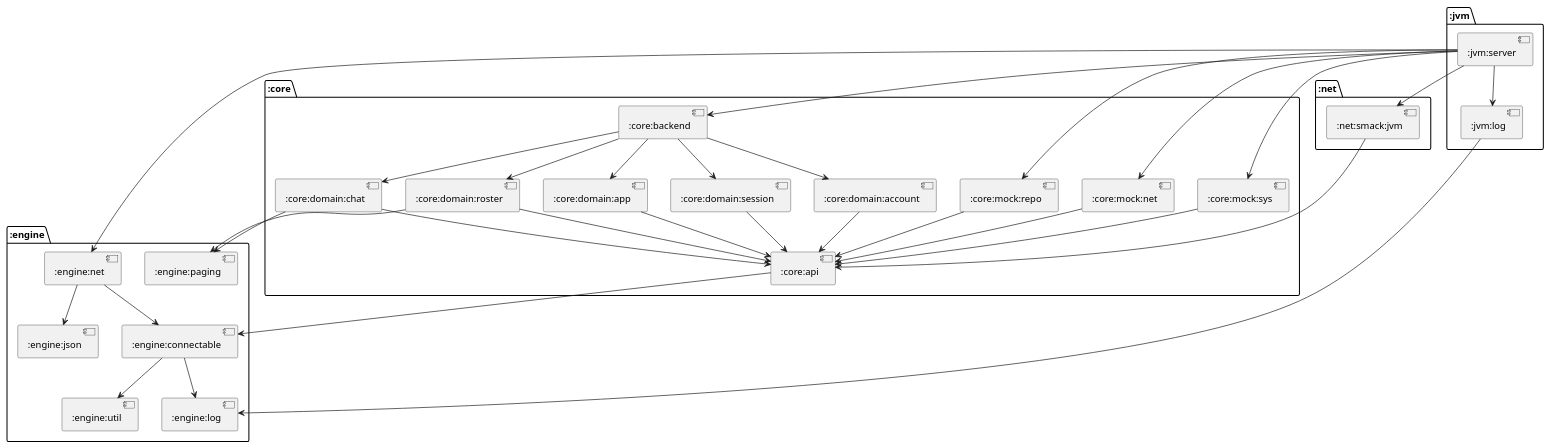
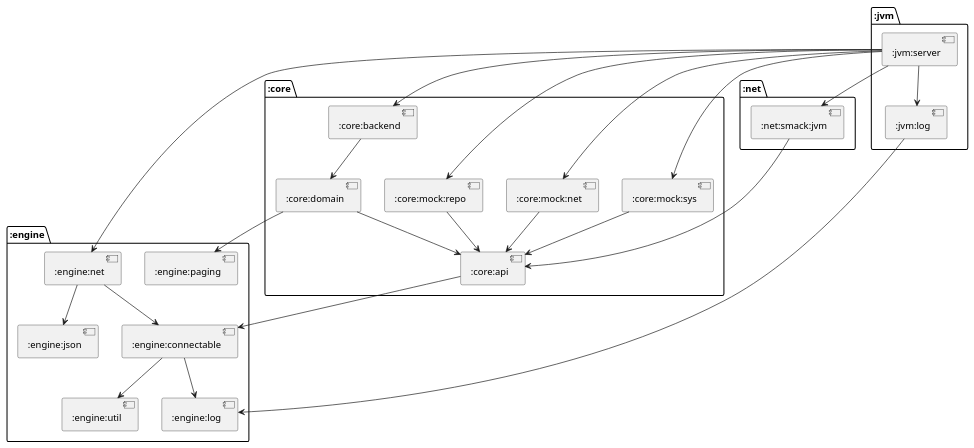
The diagram in docs/modules/puml/:jvm:server.puml (cryptopunkscc/crypton), drawn with PlantUML before and after one commit. The commit also changed 104 other files, not shown here.

First line of the commit message:
Merge :core:domain modules into one (#29)

```diff
--- a/docs/modules/puml/:jvm:server.puml
+++ b/docs/modules/puml/:jvm:server.puml
@@ -1,58 +1,45 @@
 @startuml
 package ":core" {
 [:core:mock:repo]
 [:core:mock:net]
 [:core:mock:sys]
 [:core:backend]
 [:core:api]
-[:core:domain:app]
-[:core:domain:session]
-[:core:domain:account]
-[:core:domain:chat]
-[:core:domain:roster]
+[:core:domain]
 }
 package ":net" {
 [:net:smack:jvm]
 }
 package ":engine" {
 [:engine:net]
 [:engine:connectable]
 [:engine:util]
 [:engine:log]
 [:engine:paging]
 [:engine:json]
 }
 package ":jvm" {
 [:jvm:log]
 [:jvm:server]
 }
 [:core:mock:repo] --> [:core:api]
 [:core:mock:net] --> [:core:api]
 [:core:mock:sys] --> [:core:api]
 [:net:smack:jvm] --> [:core:api]
-[:core:backend] --> [:core:domain:app]
-[:core:backend] --> [:core:domain:session]
-[:core:backend] --> [:core:domain:account]
-[:core:backend] --> [:core:domain:chat]
-[:core:backend] --> [:core:domain:roster]
+[:core:backend] --> [:core:domain]
 [:engine:net] --> [:engine:connectable]
 [:engine:net] --> [:engine:json]
 [:jvm:log] --> [:engine:log]
 [:core:api] --> [:engine:connectable]
 [:engine:connectable] --> [:engine:util]
 [:engine:connectable] --> [:engine:log]
-[:core:domain:app] --> [:core:api]
-[:core:domain:session] --> [:core:api]
-[:core:domain:account] --> [:core:api]
-[:core:domain:chat] --> [:engine:paging]
-[:core:domain:chat] --> [:core:api]
-[:core:domain:roster] --> [:engine:paging]
-[:core:domain:roster] --> [:core:api]
+[:core:domain] --> [:engine:paging]
+[:core:domain] --> [:core:api]
 [:jvm:server] --> [:core:mock:repo]
 [:jvm:server] --> [:core:mock:net]
 [:jvm:server] --> [:core:mock:sys]
 [:jvm:server] --> [:net:smack:jvm]
 [:jvm:server] --> [:core:backend]
 [:jvm:server] --> [:engine:net]
 [:jvm:server] --> [:jvm:log]
 @enduml
```
